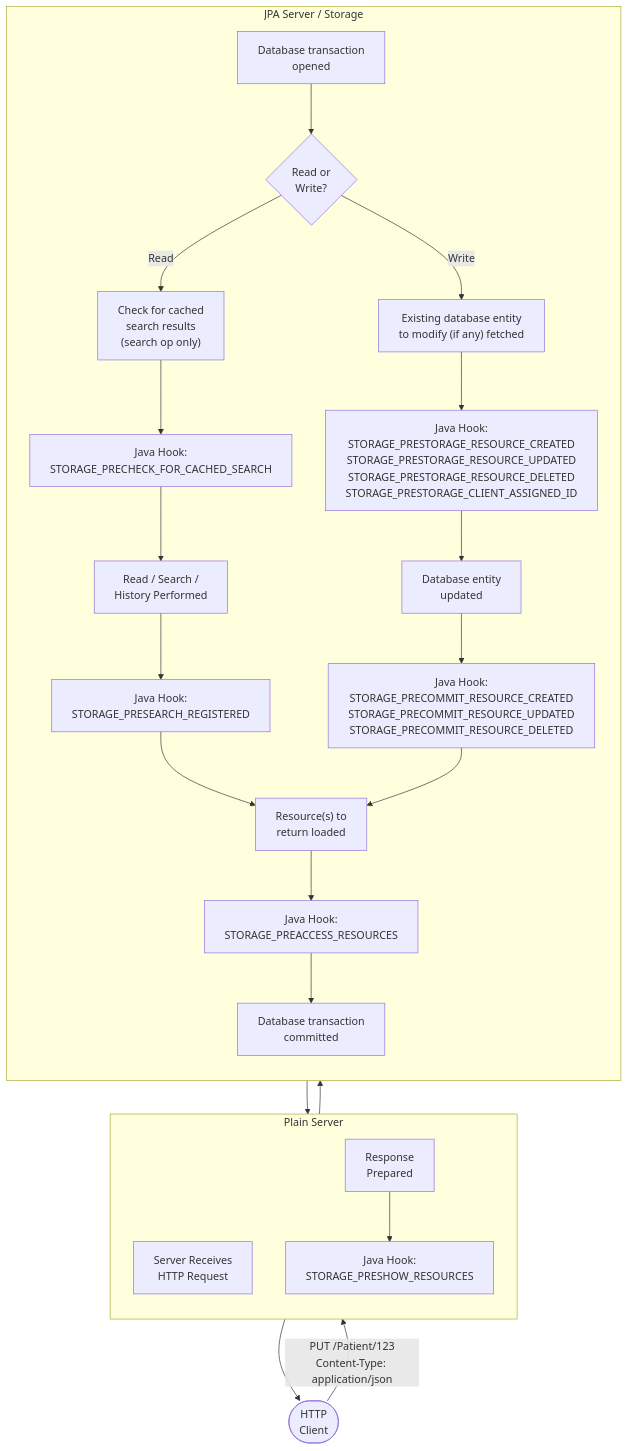
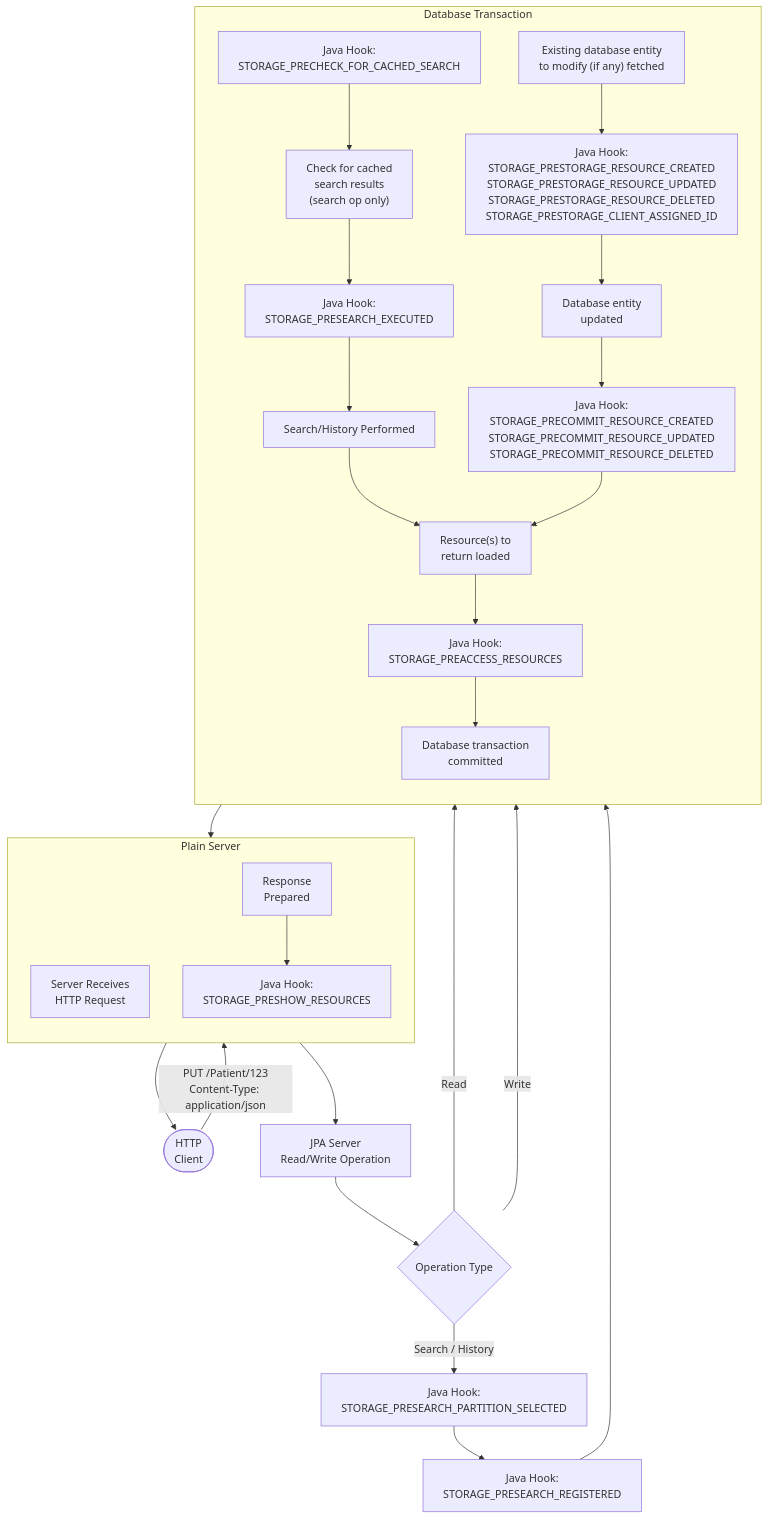
The diagram in hapi-fhir-docs/src/main/resources/ca/uhn/hapi/fhir/docs/_snippets/diagrams/pointcuts/persistence.md (hapifhir/hapi-fhir), drawn with Mermaid before and after one commit. The commit also changed 11 other files, not shown here.

Commit message:
Add interceptor for pre-resolving chained identifiers

````diff
--- a/hapi-fhir-docs/src/main/resources/ca/uhn/hapi/fhir/docs/_snippets/diagrams/pointcuts/persistence.md
+++ b/hapi-fhir-docs/src/main/resources/ca/uhn/hapi/fhir/docs/_snippets/diagrams/pointcuts/persistence.md
@@ -1,60 +1,70 @@
 ```mermaid
 flowchart TB
     Client(["HTTP<br/>Client"]):::app
 
     subgraph PlainServer["Plain Server"]
         direction TB
         Receive["Server Receives<br/>HTTP Request"]:::step
         Response["Response<br/>Prepared"]:::step
         PreShowHook["Java Hook:<br/>STORAGE_PRESHOW_RESOURCES"]:::javahook
     end
 
-    subgraph JPAStorage["JPA Server / Storage"]
+    JpaServerOperation["JPA Server<br/>Read/Write Operation"]:::step
+    Decide{"Operation Type"}
+
+    PreSearchPartitionSelected["Java Hook:<br/>STORAGE_PRESEARCH_PARTITION_SELECTED"]:::javahook
+    PreSearchHook["Java Hook:<br/>STORAGE_PRESEARCH_REGISTERED"]:::javahook
+
+    subgraph JPAStorage["Database Transaction"]
         direction TB
-        TxnOpen["Database transaction<br/>opened"]:::step
-        Decide{"Read or<br/>Write?"}
 
         CacheCheck["Check for cached<br/>search results<br/>(search op only)"]:::step
         PreCheckHook["Java Hook:<br/>STORAGE_PRECHECK_FOR_CACHED_SEARCH"]:::javahook
-        Search["Read / Search /<br/>History Performed"]:::step
-        PreSearchHook["Java Hook:<br/>STORAGE_PRESEARCH_REGISTERED"]:::javahook
+        PreSearchExecuted["Java Hook:<br/>STORAGE_PRESEARCH_EXECUTED"]:::javahook
+        Search["Search/History Performed"]:::step
 
         FetchExisting["Existing database entity<br/>to modify (if any) fetched"]:::step
         PreStorageHook["Java Hook:<br/>STORAGE_PRESTORAGE_RESOURCE_CREATED<br/>STORAGE_PRESTORAGE_RESOURCE_UPDATED<br/>STORAGE_PRESTORAGE_RESOURCE_DELETED<br/>STORAGE_PRESTORAGE_CLIENT_ASSIGNED_ID"]:::javahook
         EntityUpdated["Database entity<br/>updated"]:::step
         PreCommitHook["Java Hook:<br/>STORAGE_PRECOMMIT_RESOURCE_CREATED<br/>STORAGE_PRECOMMIT_RESOURCE_UPDATED<br/>STORAGE_PRECOMMIT_RESOURCE_DELETED"]:::javahook
 
         Loaded["Resource(s) to<br/>return loaded"]:::step
         PreAccessHook["Java Hook:<br/>STORAGE_PREACCESS_RESOURCES"]:::javahook
         TxnCommit["Database transaction<br/>committed"]:::step
     end
 
     Client -- "PUT /Patient/123<br/>Content-Type: application/json" --> Receive
-    Receive --> TxnOpen
-    TxnOpen --> Decide
+    Receive --> JpaServerOperation
+    JpaServerOperation --> Decide
 
-    Decide -- "Read" --> CacheCheck
-    CacheCheck --> PreCheckHook
-    PreCheckHook --> Search
-    Search --> PreSearchHook
-    PreSearchHook --> Loaded
+    Decide -- "Search / History" --> PreSearchPartitionSelected
+    PreSearchPartitionSelected --> PreSearchHook
+    PreSearchHook --> PreCheckHook
+    PreCheckHook --> CacheCheck
+    CacheCheck --> PreSearchExecuted
+    PreSearchExecuted --> Search
+    Search --> Loaded
+
+    Decide -- "Read" --> Loaded
 
     Decide -- "Write" --> FetchExisting
     FetchExisting --> PreStorageHook
     PreStorageHook --> EntityUpdated
     EntityUpdated --> PreCommitHook
     PreCommitHook --> Loaded
 
     Loaded --> PreAccessHook
     PreAccessHook --> TxnCommit
     TxnCommit --> Response
     Response --> PreShowHook
     PreShowHook --> Client
 
+    click PreSearchPartitionSelected "/apidocs/hapi-fhir-base/ca/uhn/fhir/interceptor/api/Pointcut.html#STORAGE_PRESEARCH_PARTITION_SELECTED" "Open STORAGE_PRESEARCH_PARTITION_SELECTED pointcut docs"
+    click PreSearchExecuted "/apidocs/hapi-fhir-base/ca/uhn/fhir/interceptor/api/Pointcut.html#STORAGE_PRESEARCH_EXECUTED" "Open STORAGE_PRESEARCH_EXECUTED pointcut docs"
     click PreShowHook "/apidocs/hapi-fhir-base/ca/uhn/fhir/interceptor/api/Pointcut.html#STORAGE_PRESHOW_RESOURCES" "Open STORAGE_PRESHOW_RESOURCES pointcut docs"
     click PreCheckHook "/apidocs/hapi-fhir-base/ca/uhn/fhir/interceptor/api/Pointcut.html#STORAGE_PRECHECK_FOR_CACHED_SEARCH" "Open STORAGE_PRECHECK_FOR_CACHED_SEARCH pointcut docs"
     click PreSearchHook "/apidocs/hapi-fhir-base/ca/uhn/fhir/interceptor/api/Pointcut.html#STORAGE_PRESEARCH_REGISTERED" "Open STORAGE_PRESEARCH_REGISTERED pointcut docs"
     click PreStorageHook "/apidocs/hapi-fhir-base/ca/uhn/fhir/interceptor/api/Pointcut.html" "Open HAPI Pointcut docs (STORAGE_PRESTORAGE_RESOURCE_* family)"
     click PreCommitHook "/apidocs/hapi-fhir-base/ca/uhn/fhir/interceptor/api/Pointcut.html" "Open HAPI Pointcut docs (STORAGE_PRECOMMIT_RESOURCE_* family)"
     click PreAccessHook "/apidocs/hapi-fhir-base/ca/uhn/fhir/interceptor/api/Pointcut.html#STORAGE_PREACCESS_RESOURCES" "Open STORAGE_PREACCESS_RESOURCES pointcut docs"
 ```
````
